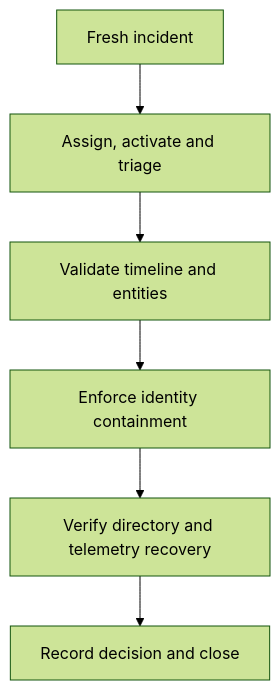
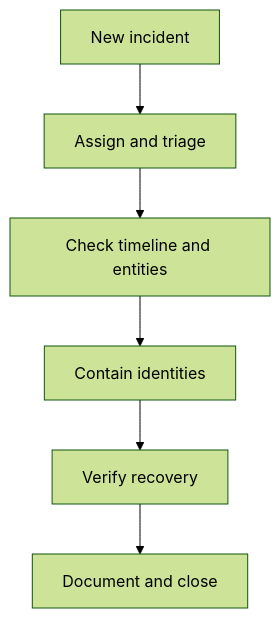
The third of 3 diagrams in architecture/01-identity-threat-detection-response-architecture.md (danielbeltran26/microsoft-identity-threat-detection-response), drawn with Mermaid (forest theme) before and after one commit. The commit also changed other lines of this file and 6 other files, not shown here.

Commit message:
Improve diagram readability and embed detection evidence

````diff
--- a/architecture/01-identity-threat-detection-response-architecture.md
+++ b/architecture/01-identity-threat-detection-response-architecture.md
@@ -169,8 +156,8 @@
 ```mermaid
-flowchart TD
-    INC["Fresh incident"] --> TRIAGE["Assign, activate and triage"]
-    TRIAGE --> INVESTIGATE["Validate timeline and entities"]
-    INVESTIGATE --> CONTAIN["Enforce identity containment"]
-    CONTAIN --> RECOVER["Verify directory and telemetry recovery"]
-    RECOVER --> CLOSE["Record decision and close"]
+flowchart TB
+    INC["New incident"] --> TRIAGE["Assign and triage"]
+    TRIAGE --> INVESTIGATE["Check timeline and entities"]
+    INVESTIGATE --> CONTAIN["Contain identities"]
+    CONTAIN --> RECOVER["Verify recovery"]
+    RECOVER --> CLOSE["Document and close"]
 ```
````
